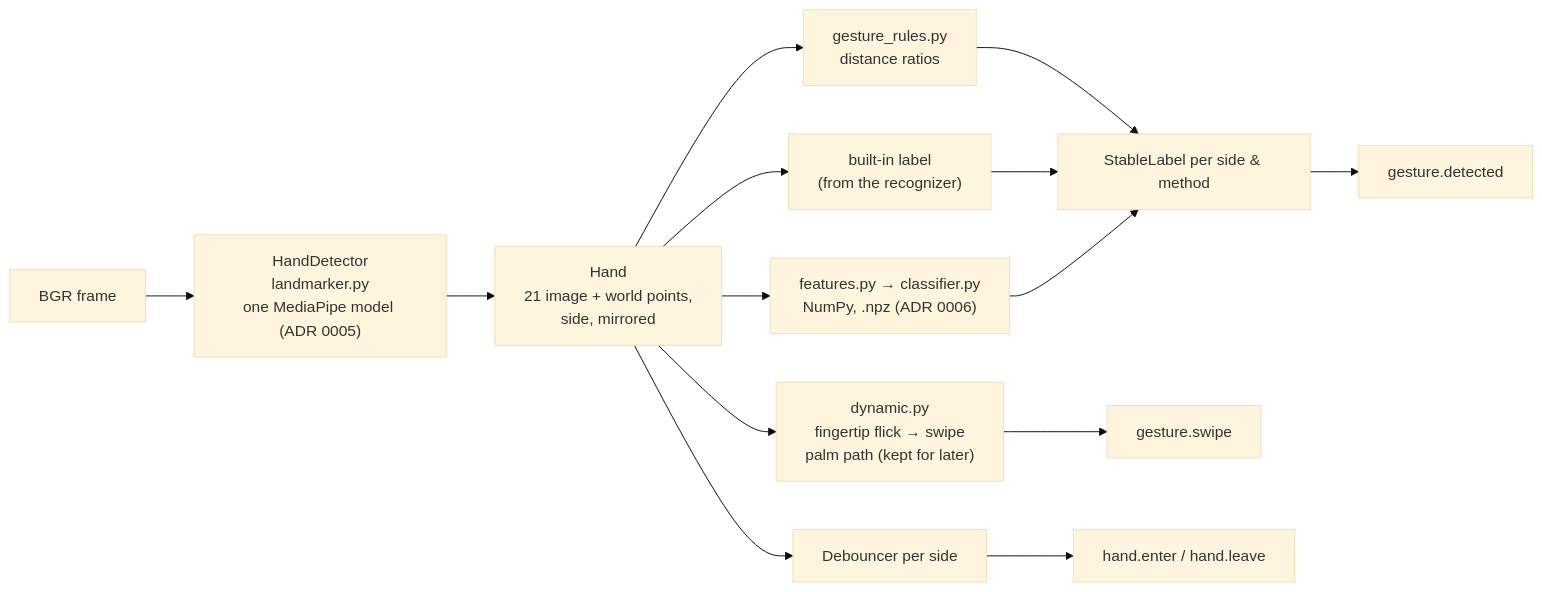
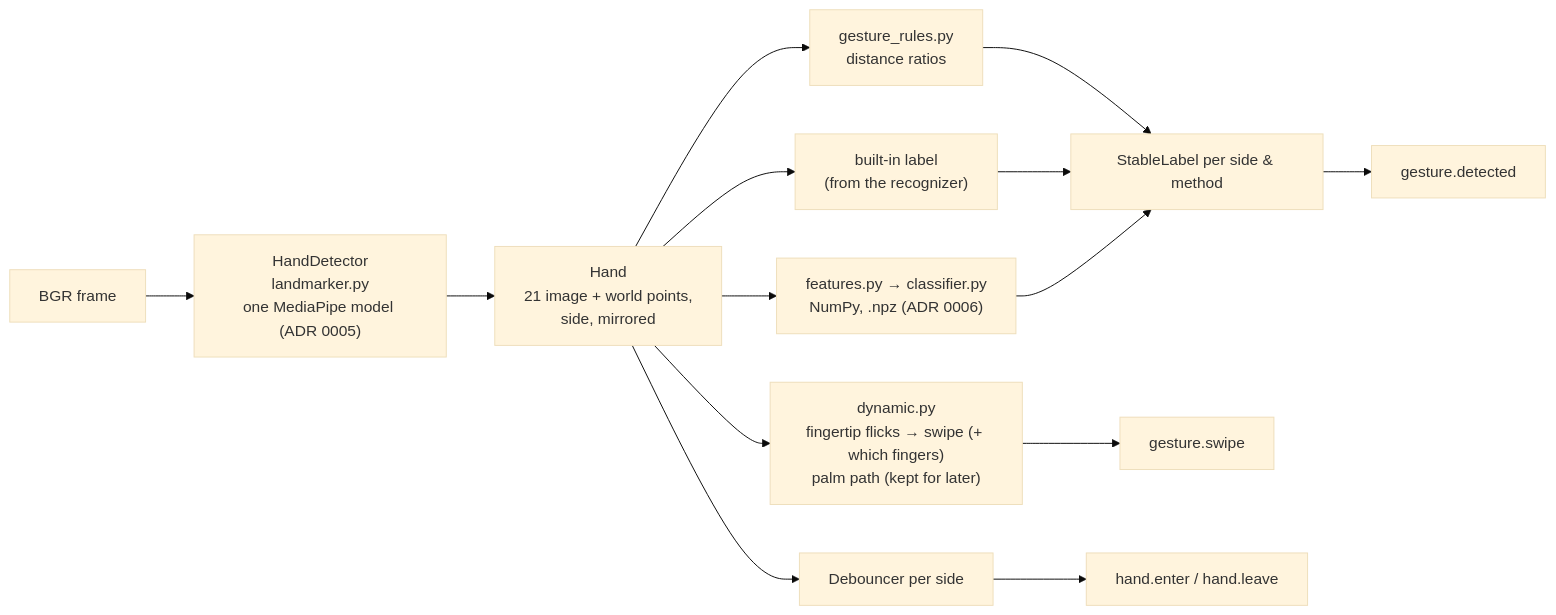
The second of 2 diagrams in docs/architecture/README.md (Mingpham/Motions_Detection_Core-), drawn with Mermaid (base theme) before and after one commit. The commit also changed other lines of this file and 11 other files, not shown here.

````diff
--- a/docs/architecture/README.md
+++ b/docs/architecture/README.md
@@ -47,12 +47,12 @@
 ```mermaid
 flowchart LR
     F["BGR frame"] --> D["HandDetector<br/>landmarker.py<br/>one MediaPipe model (ADR 0005)"]
     D --> HD["Hand<br/>21 image + world points,<br/>side, mirrored"]
     HD --> R["gesture_rules.py<br/>distance ratios"]
     HD --> B["built-in label<br/>(from the recognizer)"]
     HD --> C["features.py → classifier.py<br/>NumPy, .npz (ADR 0006)"]
-    HD --> S["dynamic.py<br/>fingertip flick → swipe<br/>palm path (kept for later)"]
+    HD --> S["dynamic.py<br/>fingertip flicks → swipe (+ which fingers)<br/>palm path (kept for later)"]
     R & B & C --> SL["StableLabel per side & method"] --> E1["gesture.detected"]
     S --> E2["gesture.swipe"]
     HD --> P["Debouncer per side"] --> E3["hand.enter / hand.leave"]
 ```
````
